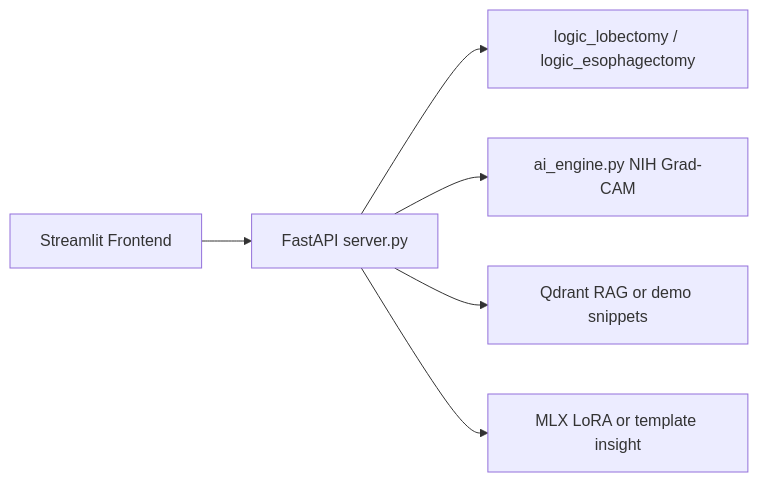
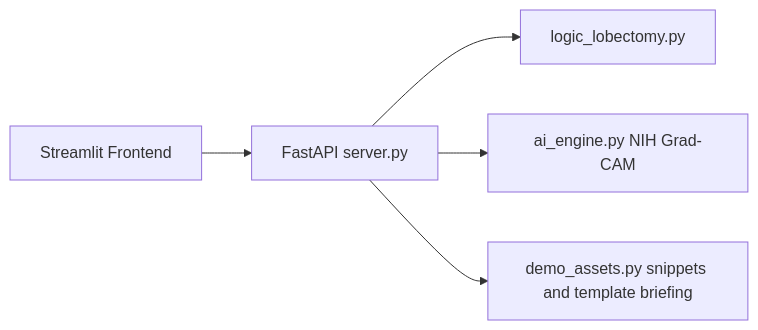
Before and after one commit to hhsong1121/ThorAI: the diagram in README.md, drawn with Mermaid. The commit also changed other lines of this file, not shown here.

````diff
--- a/README.md
+++ b/README.md
@@ -9,8 +9,7 @@
 ```mermaid
 flowchart LR
     FE[Streamlit Frontend] --> API[FastAPI server.py]
-    API --> Rules[logic_lobectomy / logic_esophagectomy]
+    API --> Rules[logic_lobectomy.py]
     API --> CXR[ai_engine.py NIH Grad-CAM]
-    API --> RAG[Qdrant RAG or demo snippets]
-    API --> SLM[MLX LoRA or template insight]
+    API --> Demo[demo_assets.py snippets and template briefing]
 ```
````
